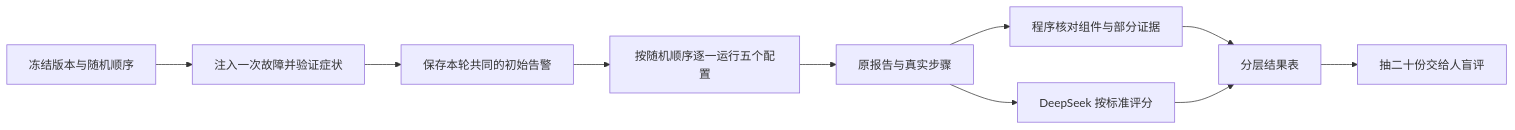
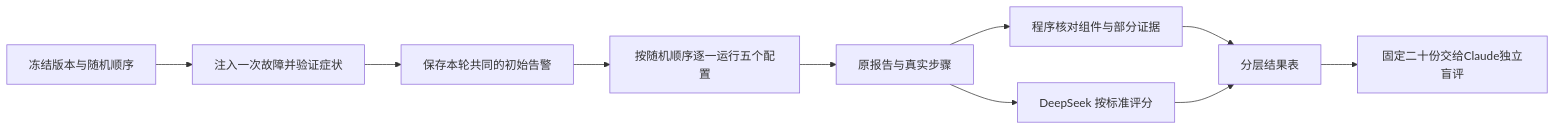
The diagram in docs/learn/phase-08-eval.md (Li-Nepenthe/opsdoctor), drawn with Mermaid before and after one commit. The commit also changed other lines of this file and 32 other files, not shown here.

````diff
--- a/docs/learn/phase-08-eval.md
+++ b/docs/learn/phase-08-eval.md
@@ -9,12 +9,12 @@
 ```mermaid
 flowchart LR
     O[冻结版本与随机顺序] --> F[注入一次故障并验证症状]
     F --> A[保存本轮共同的初始告警]
     A --> T[按随机顺序逐一运行五个配置]
     T --> R[原报告与真实步骤]
     R --> P[程序核对组件与部分证据]
     R --> J[DeepSeek 按标准评分]
     P --> V[分层结果表]
     J --> V
-    V --> H[抽二十份交给人盲评]
+    V --> H[固定二十份交给Claude独立盲评]
 ```
````
